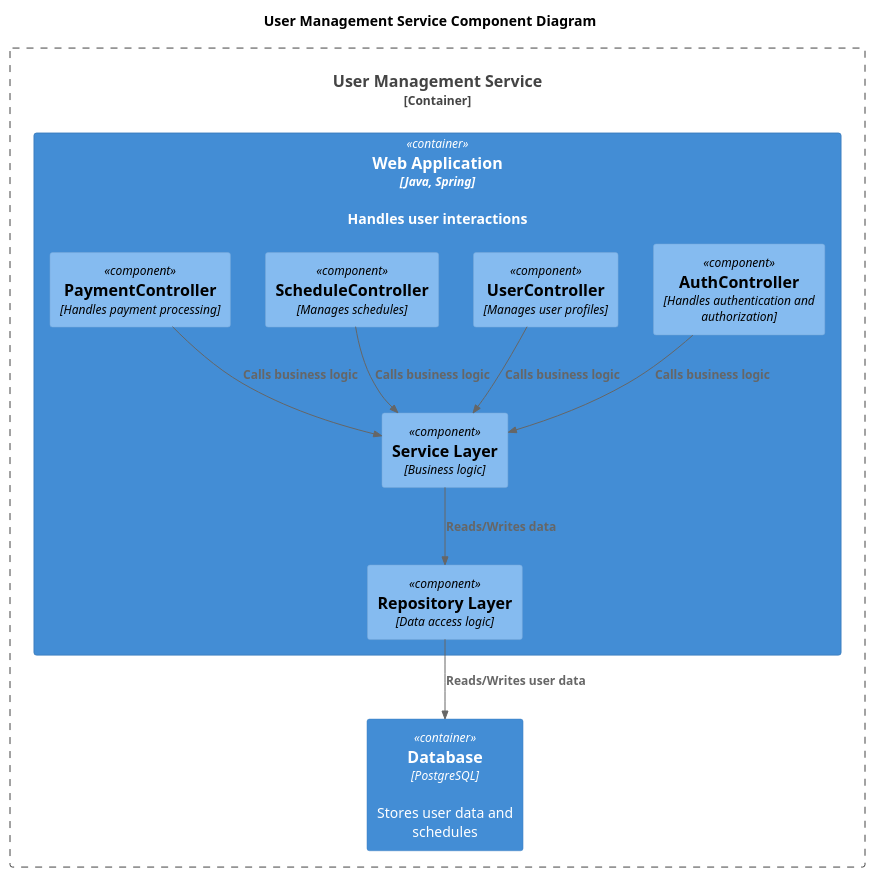
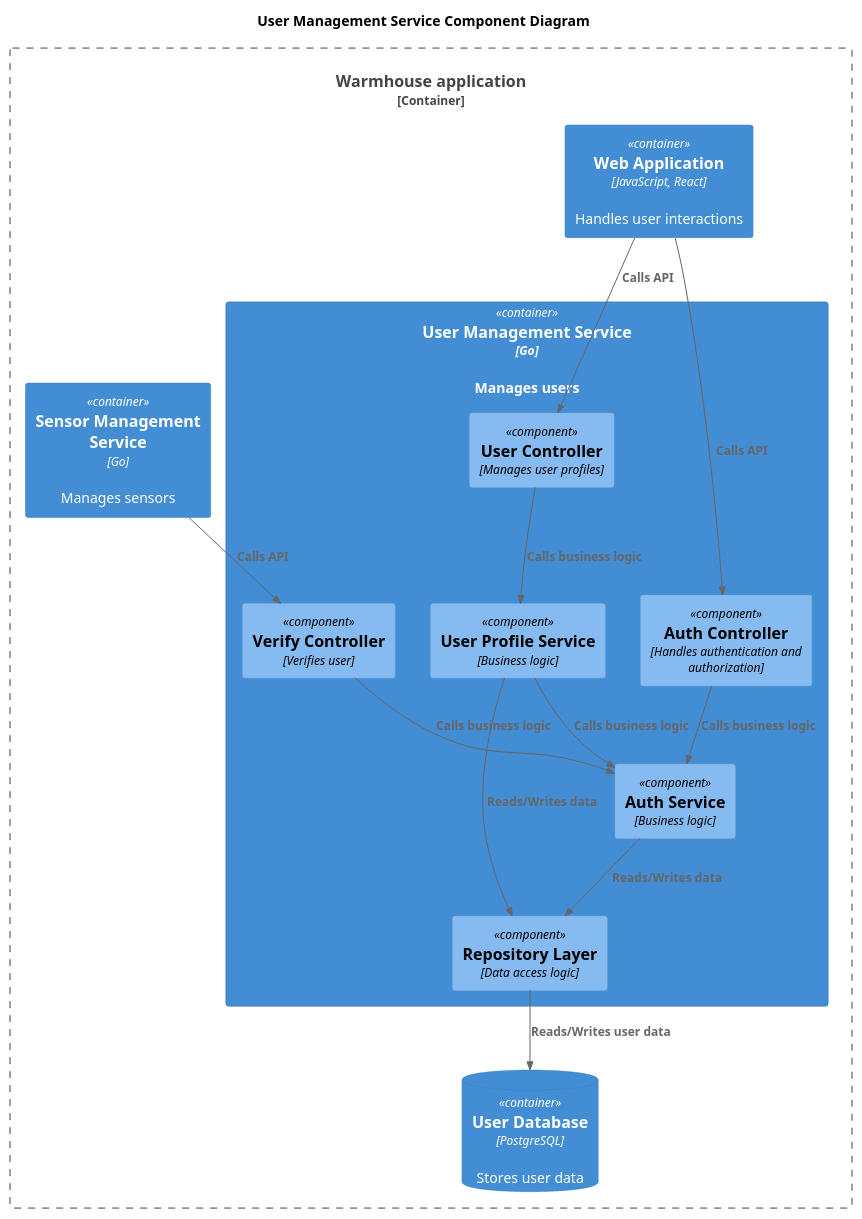
Before and after one commit to grafkozloff/arch-sprint1: the diagram in diagrams/component/user-management-service.puml, drawn with PlantUML. The commit also changed 10 other files, not shown here.

```diff
--- a/diagrams/component/user-management-service.puml
+++ b/diagrams/component/user-management-service.puml
@@ -1,28 +1,34 @@
 @startuml
 title User Management Service Component Diagram
 
 top to bottom direction
 
 !includeurl https://raw.githubusercontent.com/RicardoNiepel/C4-PlantUML/master/C4_Component.puml
 
-Container_Boundary(UserService, "User Management Service") {
-  Container(WebApp, "Web Application", "Java, Spring", "Handles user interactions")
-  Container(Database, "Database", "PostgreSQL", "Stores user data and schedules")
+Container_Boundary(WarmhouseApp, "Warmhouse application") {
+  Container(WebApp, "Web Application", "JavaScript, React", "Handles user interactions")
+  Container(SensorService, "Sensor Management Service", "Go", "Manages sensors")
+  Container(UserService, "User Management Service", "Go", "Manages users")
+  ContainerDb(UserDatabase, "User Database", "PostgreSQL", "Stores user data")
 }
 
-Container(WebApp, "Web Application", "Java, Spring") {
-  Component(AuthController, "AuthController", "Handles authentication and authorization")
-  Component(UserController, "UserController", "Manages user profiles")
-  Component(ScheduleController, "ScheduleController", "Manages schedules")
-  Component(PaymentController, "PaymentController", "Handles payment processing")
-  Component(ServiceLayer, "Service Layer", "Business logic")
+Container(UserService, "User Management Service", "Go") {
+  Component(UserController, "User Controller", "Manages user profiles")
+  Component(AuthController, "Auth Controller", "Handles authentication and authorization")
+  Component(VerifyController, "Verify Controller", "Verifies user")
+  Component(UserProfileService, "User Profile Service", "Business logic")
+  Component(AuthService, "Auth Service", "Business logic")
   Component(RepositoryLayer, "Repository Layer", "Data access logic")
 }
 
-Rel(AuthController,ServiceLayer,"Calls business logic")
-Rel(UserController,ServiceLayer,"Calls business logic")
-Rel(ScheduleController,ServiceLayer,"Calls business logic")
-Rel(PaymentController,ServiceLayer,"Calls business logic")
-Rel(ServiceLayer,RepositoryLayer,"Reads/Writes data")
-Rel(RepositoryLayer,Database,"Reads/Writes user data")
+Rel(WebApp, AuthController, "Calls API")
+Rel(WebApp, UserController, "Calls API")
+Rel(SensorService, VerifyController, "Calls API")
+Rel(UserController, UserProfileService, "Calls business logic")
+Rel(AuthController, AuthService, "Calls business logic")
+Rel(VerifyController, AuthService, "Calls business logic")
+Rel(UserProfileService, AuthService, "Calls business logic")
+Rel(AuthService, RepositoryLayer, "Reads/Writes data")
+Rel(UserProfileService, RepositoryLayer, "Reads/Writes data")
+Rel(RepositoryLayer, UserDatabase, "Reads/Writes user data")
 @enduml
```
